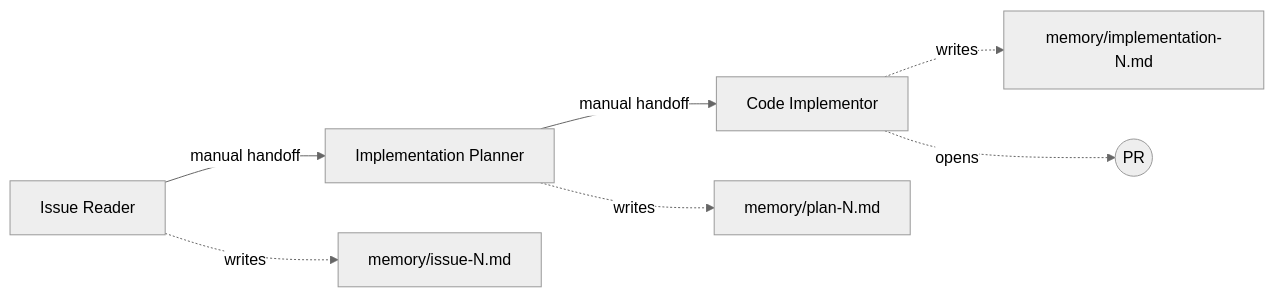
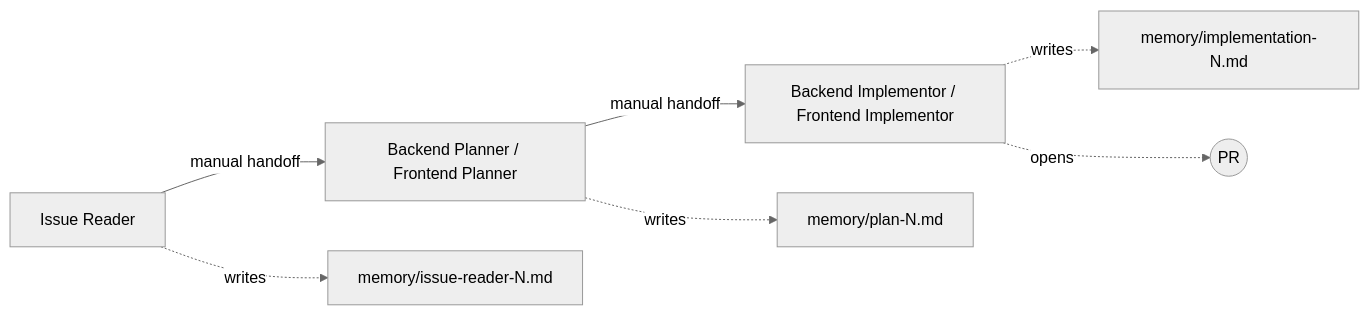
The second of 3 diagrams in README.md (g-nogueira/BudgedManager), drawn with Mermaid (neutral theme) before and after one commit. The commit also changed other lines of this file and 25 other files, not shown here.

````diff
--- a/README.md
+++ b/README.md
@@ -72,13 +110,13 @@
 ```mermaid
 flowchart LR
     IR["Issue Reader"]
-    IP["Implementation Planner"]
-    CI["Code Implementor"]
+    BP["Backend Planner / Frontend Planner"]
+    BI["Backend Implementor / Frontend Implementor"]
 
-    IR -- "manual handoff" --> IP -- "manual handoff" --> CI
+    IR -- "manual handoff" --> BP -- "manual handoff" --> BI
 
-    IR -. "writes" .-> M1["memory/issue-N.md"]
-    IP -. "writes" .-> M2["memory/plan-N.md"]
-    CI -. "writes" .-> M3["memory/implementation-N.md"]
-    CI -. "opens" .-> PR(("PR"))
+    IR -. "writes" .-> M1["memory/issue-reader-N.md"]
+    BP -. "writes" .-> M2["memory/plan-N.md"]
+    BI -. "writes" .-> M3["memory/implementation-N.md"]
+    BI -. "opens" .-> PR(("PR"))
 ```
````
